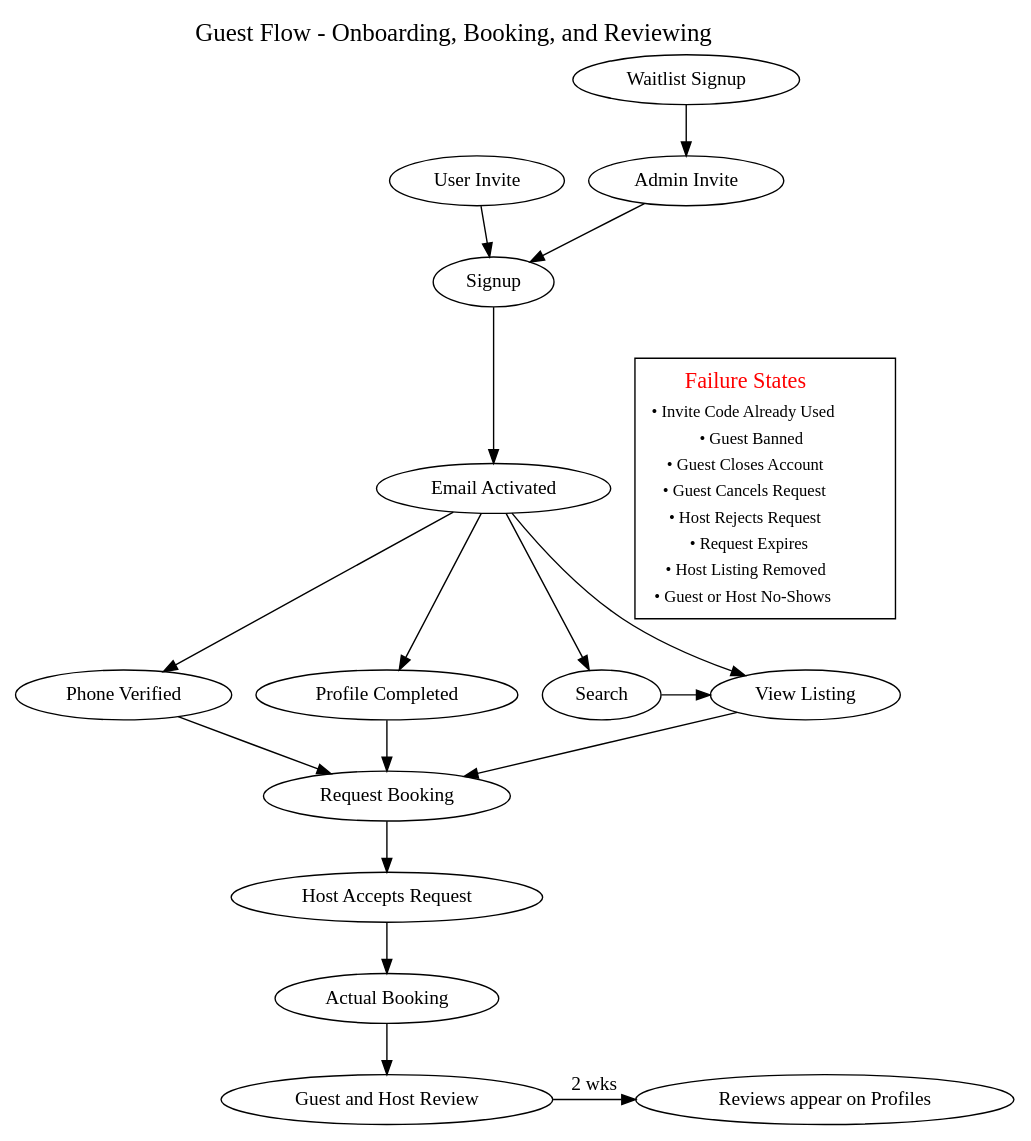
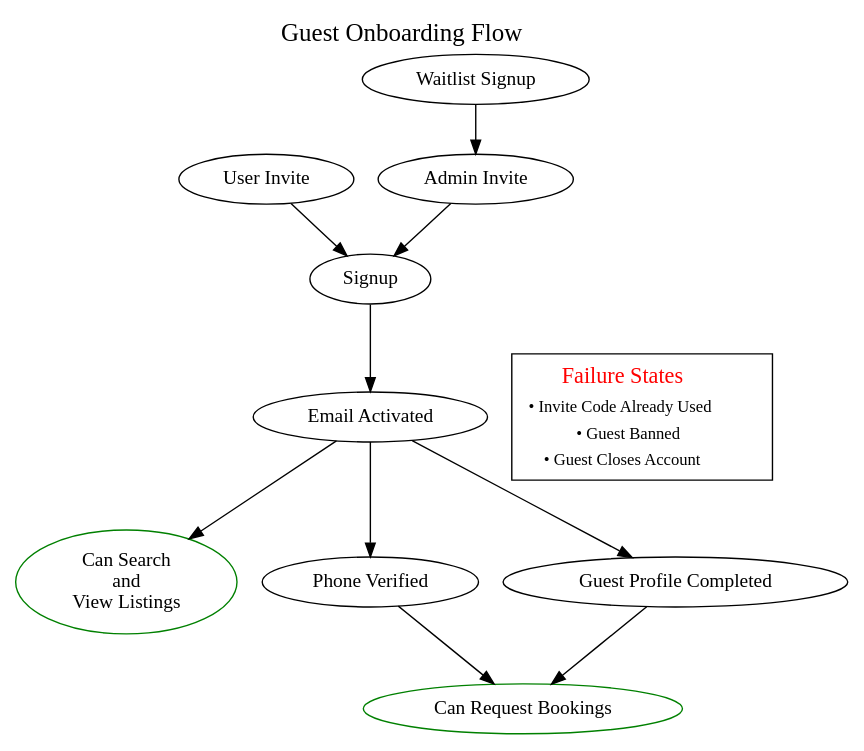
One commit to freecouches/freecouches changed the diagram in _docs/flows/guest_flow.dot. Above: the diagram before and after it, drawn with Graphviz. The commit also changed 10 other files, not shown here.

```diff
--- a/_docs/flows/guest_flow.dot
+++ b/_docs/flows/guest_flow.dot
@@ -1,71 +1,61 @@
 // [TODO: map out asana stoof into hurr]
+
+// NOTE: Like Airbnb, CS, and Couchers, we don’t require guests to have a profile photo [just hosts].
 
 //////////////////////////////////////////
 // Verifications and Permissions questions
 //////////////////////////////////////////
 //QSTN: when to allow Search (P2)
     // TODO: do some competitive analysis
     // TODO: review how verification works and what steps allowed on Couchsurfing, Couchers, and what you can do at different steps
         // Check Asana, Docs.  but it should be on Asana competitive analysis.
 
+// TODO: age verification has to fit in here somehow
+    // TODO: competitive analysis on how they verify age on diff sites. checkbox vs birthday?
+// actual application: ensure they read the principles.
+
 //TODO: indicate how long they can expect to wait between stages.
 digraph unix {
     compound=true; 
     rankdir="TB"
     labelloc="t";
     newrank=true;
 
-    label = <<FONT POINT-SIZE="18">Guest Flow - Onboarding, Booking, and Reviewing</FONT>>    
+    label = <<FONT POINT-SIZE="18">Guest Onboarding Flow</FONT>>    
     
     user_invited [label="User Invite"]
     waitlist_signup [label="Waitlist Signup"]
     admin_invited [label="Admin Invite"]
     signup [label = "Signup"]
     email_activated [label ="Email Activated"]
 
+    search [label="Can Search\nand\nView Listings";color=green]
     phone_verified [label = "Phone Verified"]
-    profile_completed [label ="Profile Completed"]
-    search [label="Search"]
+    profile_completed [label ="Guest Profile Completed"]
+    
 
     waitlist_signup->admin_invited->signup
     user_invited->signup
 
     signup->email_activated
 
     email_activated->search
     email_activated->phone_verified
     email_activated->profile_completed
-    email_activated->view_listing
 
-    search->view_listing->request_booking
     profile_completed -> request_booking
     phone_verified -> request_booking
-    view_listing [label="View Listing"]
-    request_booking [label="Request Booking"]
-    request_accepted [label="Host Accepts Request"]
-    actual_booking [label="Actual Booking"]
-    reviews [label="Guest and Host Review"]
-    reviews_on_profile [label="Reviews appear on Profiles"]
+    request_booking [label="Can Request Bookings";color=green]
 
-    request_booking->request_accepted->actual_booking->reviews
-    reviews->reviews_on_profile [label="2 wks"]
-    {rank=same;reviews;reviews_on_profile}
+    {rank=same;search;phone_verified;profile_completed}
 
-    {rank=same;phone_verified;profile_completed;search;view_listing}
-
-    {rank=same;email_activated;table [ shape="square";label = <
+    {rank=same;email_activated;table [ shape="rectangle";label = <
     <table border="0">
        <tr><td align="text"><FONT POINT-SIZE="16" COLOR="RED">Failure States</FONT></td></tr>
        <tr><td align="text"><FONT POINT-SIZE="12">• Invite Code Already Used</FONT></td></tr>
        <tr><td align="text"><FONT POINT-SIZE="12">• Guest Banned</FONT></td></tr>
        <tr><td align="text"><FONT POINT-SIZE="12">• Guest Closes Account</FONT></td></tr>
-       <tr><td align="text"><FONT POINT-SIZE="12">• Guest Cancels Request</FONT></td></tr>
-       <tr><td align="text"><FONT POINT-SIZE="12">• Host Rejects Request</FONT></td></tr>
-       <tr><td align="text"><FONT POINT-SIZE="12">• Request Expires</FONT></td></tr>
-       <tr><td align="text"><FONT POINT-SIZE="12">• Host Listing Removed</FONT></td></tr>
-       <tr><td align="text"><FONT POINT-SIZE="12">• Guest or Host No-Shows</FONT></td></tr>
-
     </table>
   > ] }
 
 }
```
